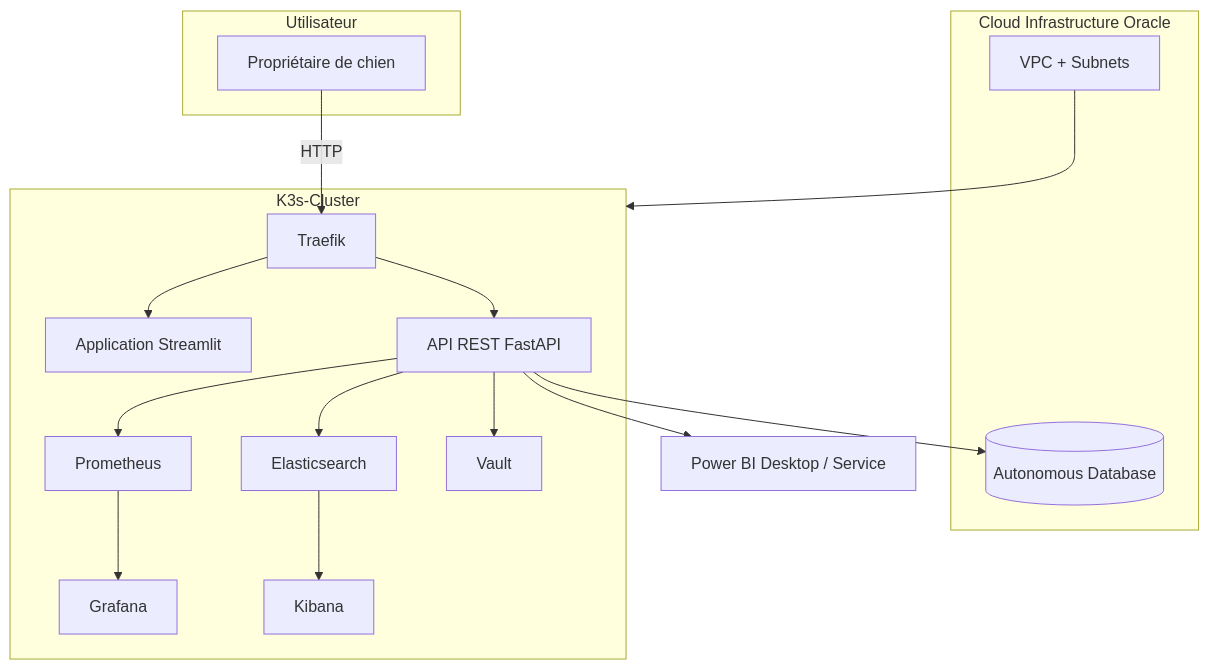
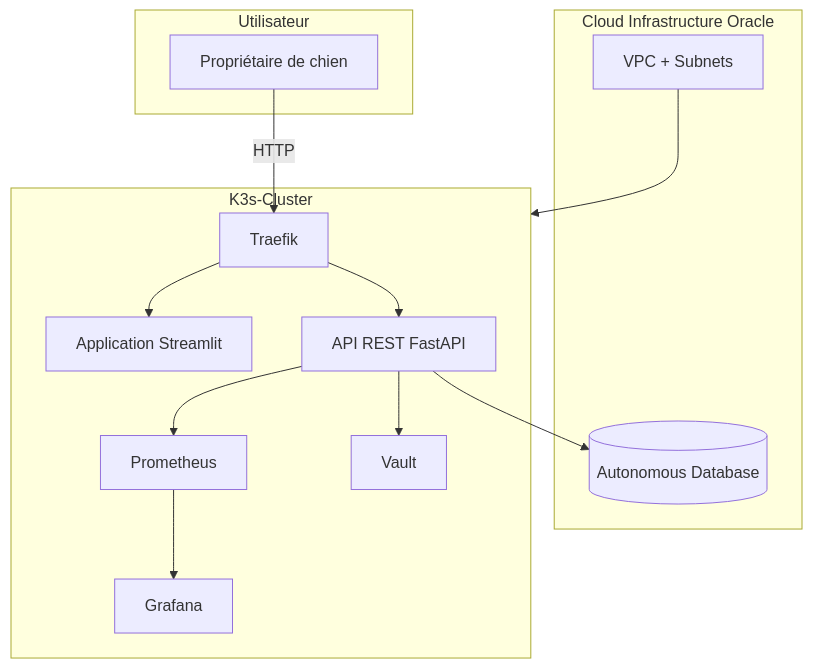
One commit to O-Celia/reactivite_chien changed the diagram in infra/README.md. Above: the diagram before and after it, drawn with Mermaid. The commit also changed other lines of this file, not shown here.

````diff
--- a/infra/README.md
+++ b/infra/README.md
@@ -8,37 +8,32 @@
 ```mermaid
 graph TD
   subgraph Utilisateur
     A[Propriétaire de chien]
   end
 
   subgraph Cloud Infrastructure Oracle
     L[VPC + Subnets]
     DB[(Autonomous Database)]
   end
 
   subgraph K3s-Cluster
     T[Traefik]
     B[Application Streamlit]
     C[API REST FastAPI]
-    E[Elasticsearch]
     H[Prometheus]
     I[Vault]
     J[Grafana]
-    K[Kibana]
   end
 
   A -->|HTTP| T
   T --> B
   T --> C
 
-  C --> E
-  C --> F[Power BI Desktop / Service]
   C --> H
   C --> I
   C --> DB
 
   H --> J
-  E --> K
 
   L --> K3s-Cluster
 ```
````
